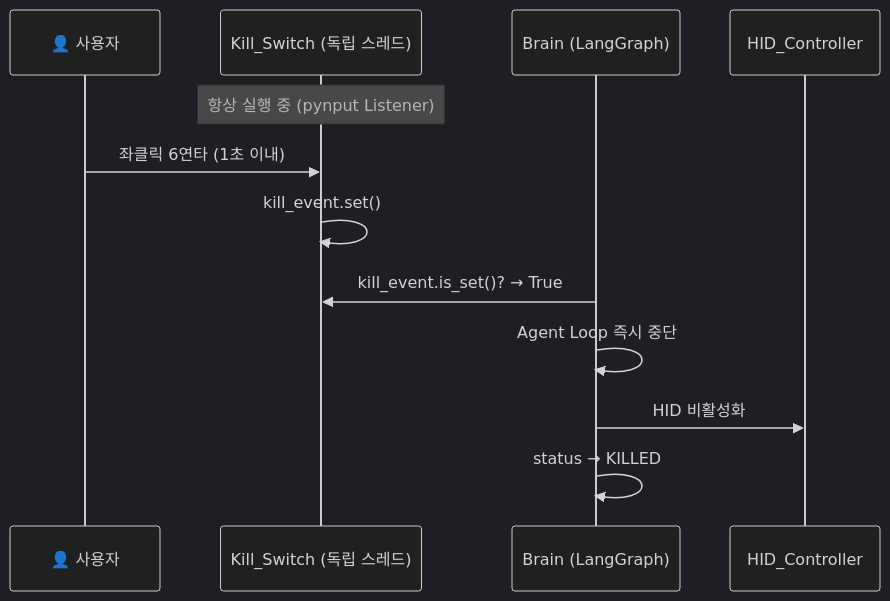
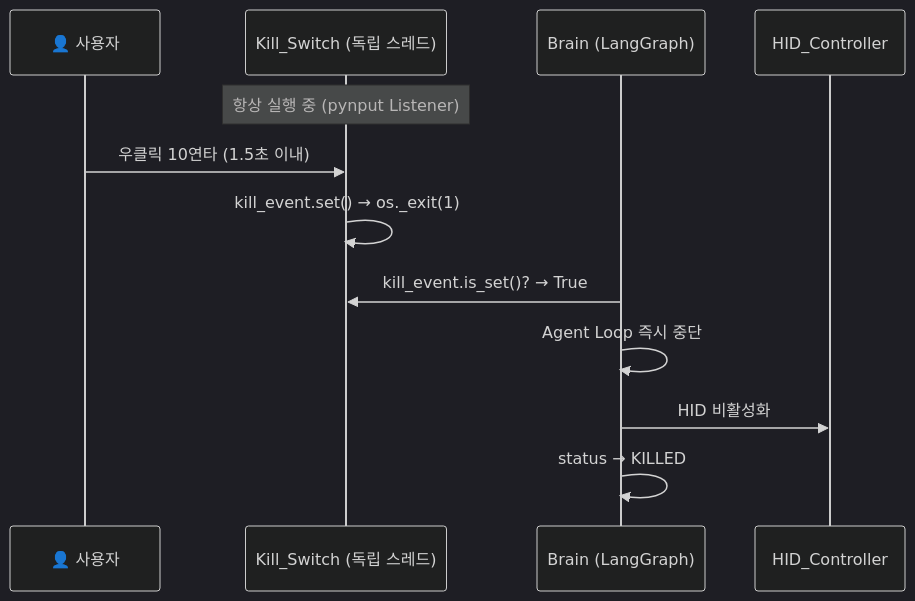
One commit to hazyala/desktop-pet-agent changed the fourth of 4 diagrams in docs/system_design_document.md. Above: the diagram before and after it, drawn with Mermaid (dark theme). The commit also changed other lines of this file and 31 other files, not shown here.

````diff
--- a/docs/system_design_document.md
+++ b/docs/system_design_document.md
@@ -783,17 +807,17 @@
 ```mermaid
 sequenceDiagram
     participant User as 👤 사용자
     participant KS as Kill_Switch (독립 스레드)
     participant Brain as Brain (LangGraph)
     participant HID as HID_Controller
 
     Note over KS: 항상 실행 중 (pynput Listener)
 
-    User->>KS: 좌클릭 6연타 (1초 이내)
-    KS->>KS: kill_event.set()
+    User->>KS: 우클릭 10연타 (1.5초 이내)
+    KS->>KS: kill_event.set() → os._exit(1)
 
     Brain->>KS: kill_event.is_set()? → True
     Brain->>Brain: Agent Loop 즉시 중단
     Brain->>HID: HID 비활성화
     Brain->>Brain: status → KILLED
 ```
````
